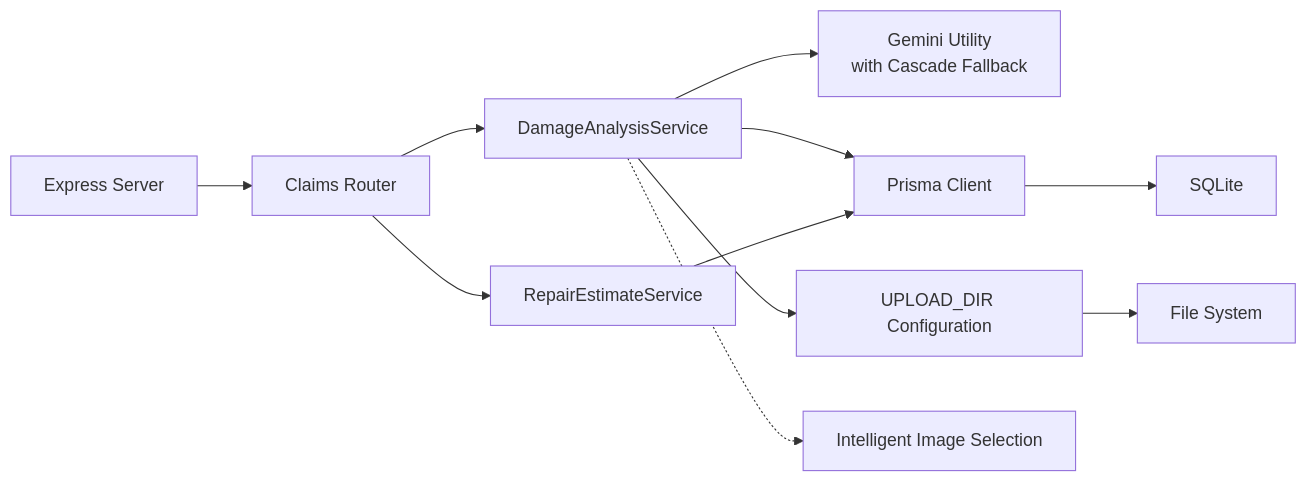
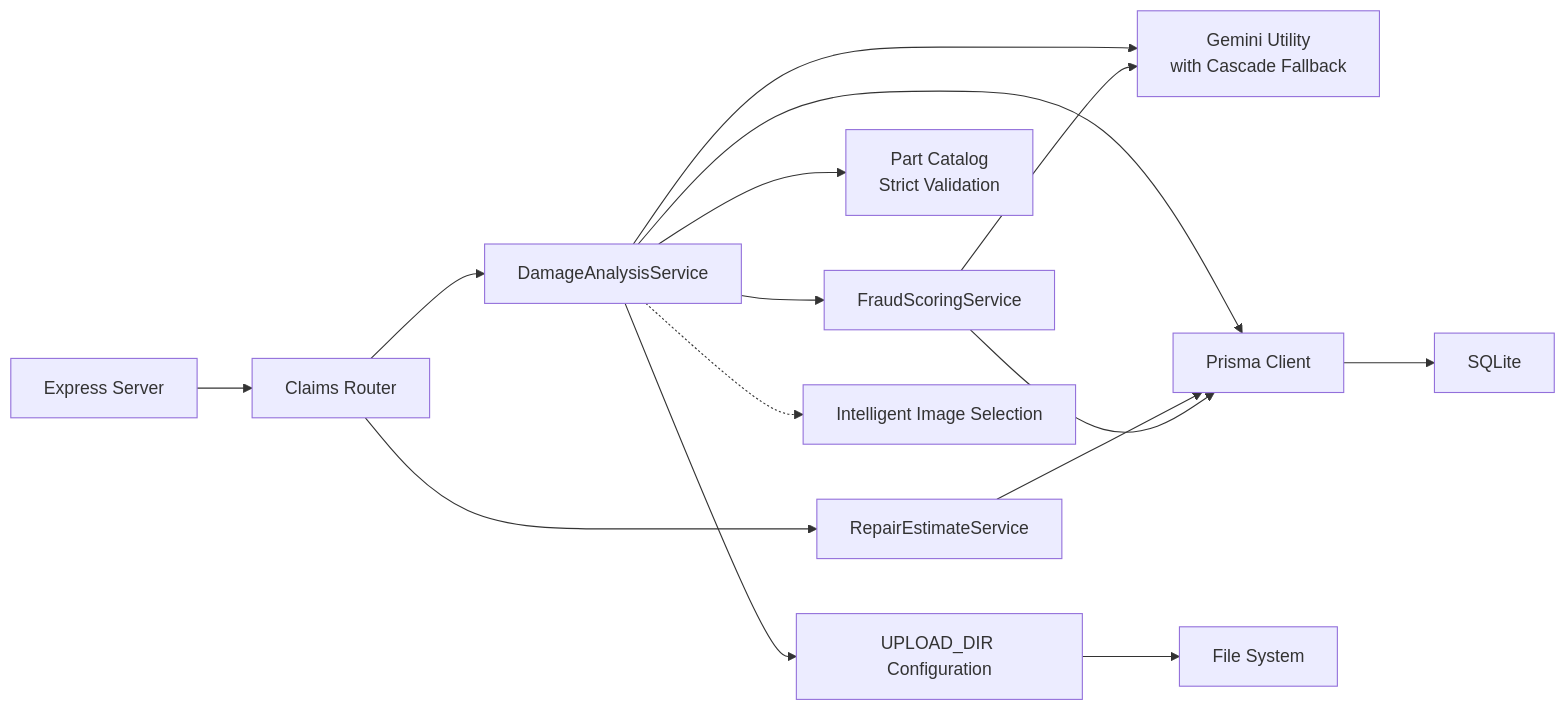
Before and after one commit to NaveenHiranya/Smart-Vehicle-Insurance-Claim-System: the sixth of 6 diagrams in .qoder/repowiki/en/content/Backend Documentation/Business Logic & Services/Damage Analysis Service.md, drawn with Mermaid. The commit also changed other lines of this file and 17 other files, not shown here.

````diff
--- a/.qoder/repowiki/en/content/Backend Documentation/Business Logic & Services/Damage Analysis Service.md
+++ b/.qoder/repowiki/en/content/Backend Documentation/Business Logic & Services/Damage Analysis Service.md
@@ -430,13 +507,17 @@
 ```mermaid
 graph LR
 Server["Express Server"] --> Claims["Claims Router"]
 Claims --> DAS["DamageAnalysisService"]
 Claims --> RES["RepairEstimateService"]
 DAS --> Gemini["Gemini Utility<br/>with Cascade Fallback"]
 DAS --> Prisma["Prisma Client"]
 DAS --> Config["UPLOAD_DIR Configuration"]
+DAS --> PartCat["Part Catalog<br/>Strict Validation"]
+DAS --> FRS["FraudScoringService"]
 RES --> Prisma
+FRS --> Prisma
+FRS --> Gemini
 Config --> FS["File System"]
 Prisma --> DB["SQLite"]
 DAS -.-> ImageSelect["Intelligent Image Selection"]
 ```
````
